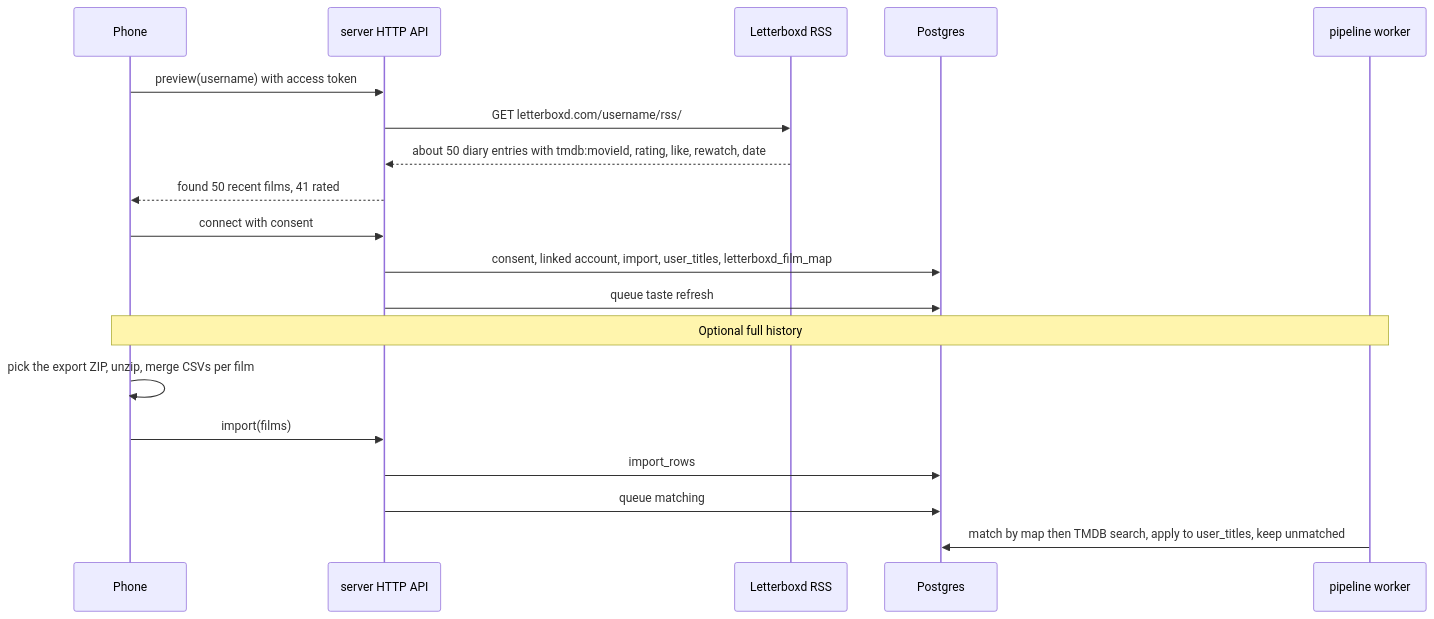
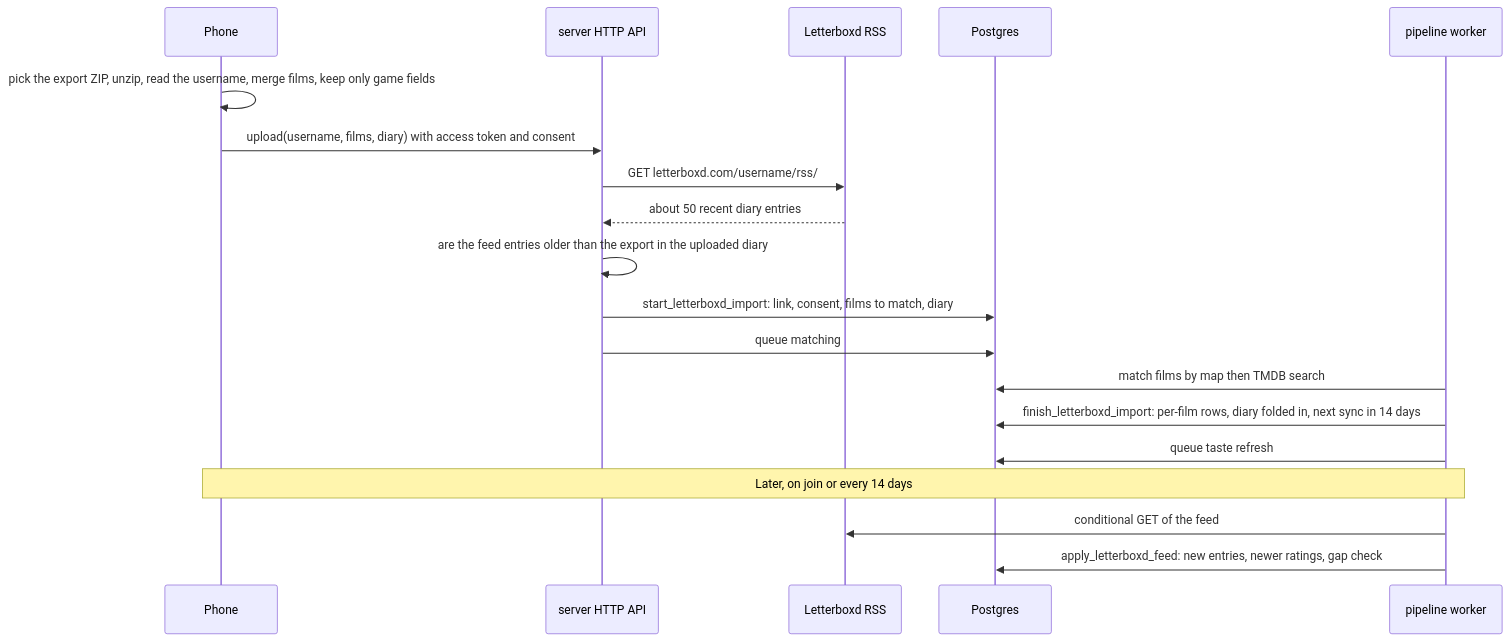
Before and after one commit to harryviennot/flimme: diagram 11 of 11 in docs/data-model/README.md, drawn with Mermaid. The commit also changed other lines of this file and 1 other file, not shown here.

First line of the commit message:
Connect Letterboxd by export only, then keep the diary in sync

````diff
--- a/docs/data-model/README.md
+++ b/docs/data-model/README.md
@@ -740,21 +768,21 @@
 ```mermaid
 sequenceDiagram
   participant P as Phone
   participant H as server HTTP API
   participant L as Letterboxd RSS
   participant DB as Postgres
   participant W as pipeline worker
-  P->>H: preview(username) with access token
+  P->>P: pick the export ZIP, unzip, read the username, merge films, keep only game fields
+  P->>H: upload(username, films, diary) with access token and consent
   H->>L: GET letterboxd.com/username/rss/
-  L-->>H: about 50 diary entries with tmdb:movieId, rating, like, rewatch, date
-  H-->>P: found 50 recent films, 41 rated
-  P->>H: connect with consent
-  H->>DB: consent, linked account, import, user_titles, letterboxd_film_map
-  H->>DB: queue taste refresh
-  Note over P,W: Optional full history
-  P->>P: pick the export ZIP, unzip, merge CSVs per film
-  P->>H: import(films)
-  H->>DB: import_rows
+  L-->>H: about 50 recent diary entries
+  H->>H: are the feed entries older than the export in the uploaded diary
+  H->>DB: start_letterboxd_import: link, consent, films to match, diary
   H->>DB: queue matching
-  W->>DB: match by map then TMDB search, apply to user_titles, keep unmatched
+  W->>DB: match films by map then TMDB search
+  W->>DB: finish_letterboxd_import: per-film rows, diary folded in, next sync in 14 days
+  W->>DB: queue taste refresh
+  Note over P,W: Later, on join or every 14 days
+  W->>L: conditional GET of the feed
+  W->>DB: apply_letterboxd_feed: new entries, newer ratings, gap check
 ```
````
